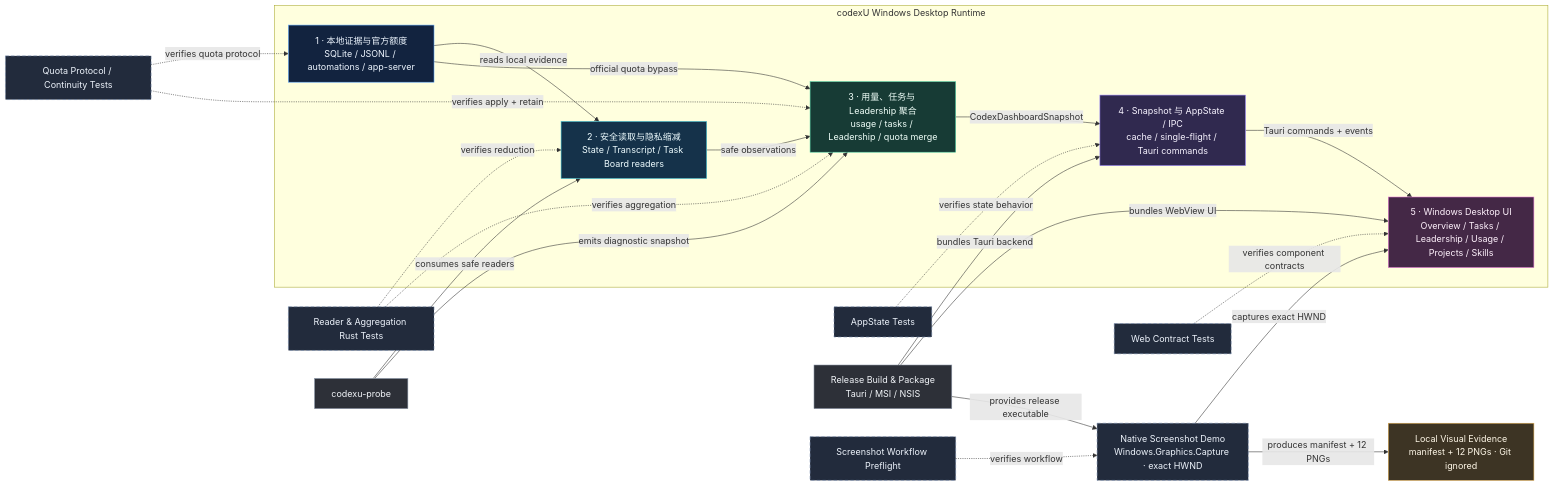
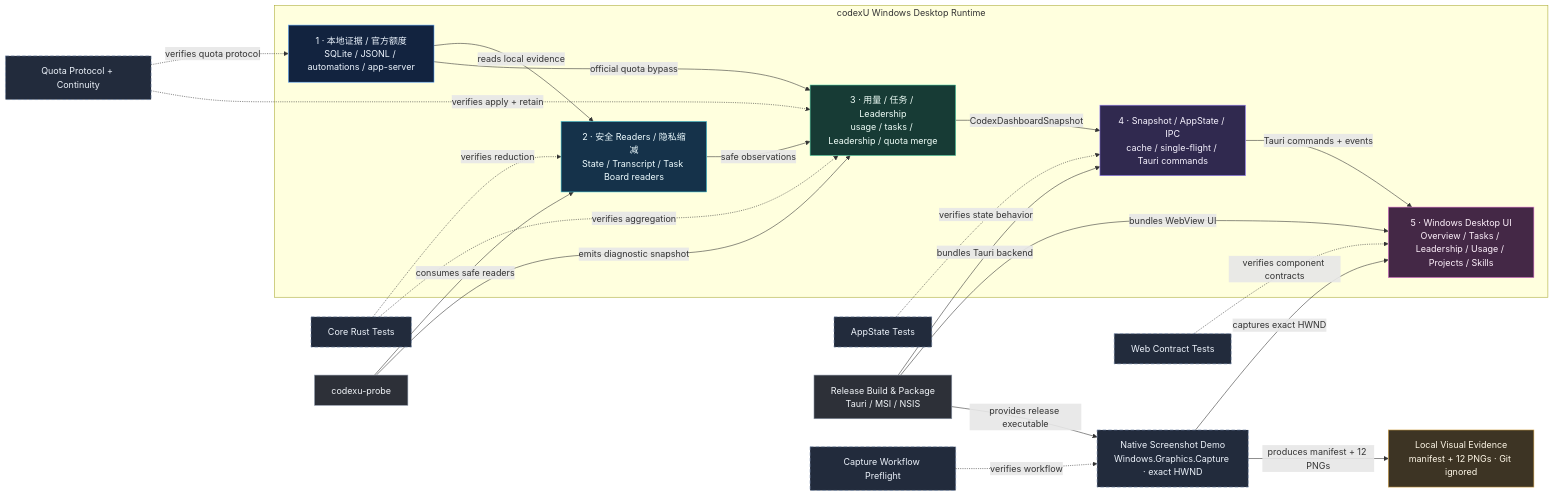
Before and after one commit to BLACKIELF/codex-account-manager-next: the diagram in docs/windows-port/blueprint/diagram.mmd, drawn with Mermaid. The commit also changed 6 other files, not shown here.

```diff
--- a/docs/windows-port/blueprint/diagram.mmd
+++ b/docs/windows-port/blueprint/diagram.mmd
@@ -1,51 +1,51 @@
 %% source of truth: docs/windows-port/blueprint/schema.yaml
 %% GitHub / Obsidian fallback. The rendered SVG is the maintenance view.
 flowchart LR
     subgraph Runtime["codexU Windows Desktop Runtime"]
-        Evidence["1 · 本地证据与官方额度<br/>SQLite / JSONL / automations / app-server"]:::source
-        Readers["2 · 安全读取与隐私缩减<br/>State / Transcript / Task Board readers"]:::reader
-        Aggregate["3 · 用量、任务与 Leadership 聚合<br/>usage / tasks / Leadership / quota merge"]:::aggregate
-        State["4 · Snapshot 与 AppState / IPC<br/>cache / single-flight / Tauri commands"]:::contract
+        Evidence["1 · 本地证据 / 官方额度<br/>SQLite / JSONL / automations / app-server"]:::source
+        Readers["2 · 安全 Readers / 隐私缩减<br/>State / Transcript / Task Board readers"]:::reader
+        Aggregate["3 · 用量 / 任务 / Leadership<br/>usage / tasks / Leadership / quota merge"]:::aggregate
+        State["4 · Snapshot / AppState / IPC<br/>cache / single-flight / Tauri commands"]:::contract
         UI["5 · Windows Desktop UI<br/>Overview / Tasks / Leadership / Usage / Projects / Skills"]:::ui
 
         Evidence -->|"reads local evidence"| Readers
         Readers -->|"safe observations"| Aggregate
         Evidence -->|"official quota bypass"| Aggregate
         Aggregate -->|"CodexDashboardSnapshot"| State
         State -->|"Tauri commands + events"| UI
     end
 
-    QuotaTests["Quota Protocol / Continuity Tests"]:::validation
-    CoreTests["Reader & Aggregation Rust Tests"]:::validation
+    QuotaTests["Quota Protocol + Continuity"]:::validation
+    CoreTests["Core Rust Tests"]:::validation
     StateTests["AppState Tests"]:::validation
     WebTests["Web Contract Tests"]:::validation
     Probe["codexu-probe"]:::operations
     Build["Release Build & Package<br/>Tauri / MSI / NSIS"]:::operations
     Capture["Native Screenshot Demo<br/>Windows.Graphics.Capture · exact HWND"]:::validation
-    Preflight["Screenshot Workflow Preflight"]:::validation
+    Preflight["Capture Workflow Preflight"]:::validation
     VisualEvidence["Local Visual Evidence<br/>manifest + 12 PNGs · Git ignored"]:::evidence
 
     QuotaTests -. "verifies quota protocol" .-> Evidence
     QuotaTests -. "verifies apply + retain" .-> Aggregate
     CoreTests -. "verifies reduction" .-> Readers
     CoreTests -. "verifies aggregation" .-> Aggregate
     StateTests -. "verifies state behavior" .-> State
     WebTests -. "verifies component contracts" .-> UI
 
     Probe -->|"consumes safe readers"| Readers
     Probe -->|"emits diagnostic snapshot"| Aggregate
     Build -->|"bundles Tauri backend"| State
     Build -->|"bundles WebView UI"| UI
     Build -->|"provides release executable"| Capture
     Preflight -. "verifies workflow" .-> Capture
     Capture -->|"captures exact HWND"| UI
     Capture -->|"produces manifest + 12 PNGs"| VisualEvidence
 
     classDef source fill:#12233f,stroke:#5fa8ff,color:#eef6ff
     classDef reader fill:#15324a,stroke:#45c8d8,color:#eefcff
     classDef aggregate fill:#173b35,stroke:#4ed0a5,color:#f0fff9
     classDef contract fill:#30294f,stroke:#9b87ff,color:#f7f3ff
     classDef ui fill:#442846,stroke:#e477d5,color:#fff2fd
     classDef validation fill:#222b3c,stroke:#6f86a8,color:#edf3fb,stroke-dasharray:6 4
     classDef operations fill:#2d3038,stroke:#8d98aa,color:#f1f4f8
     classDef evidence fill:#3d3424,stroke:#d8a74d,color:#fff8e8
```
